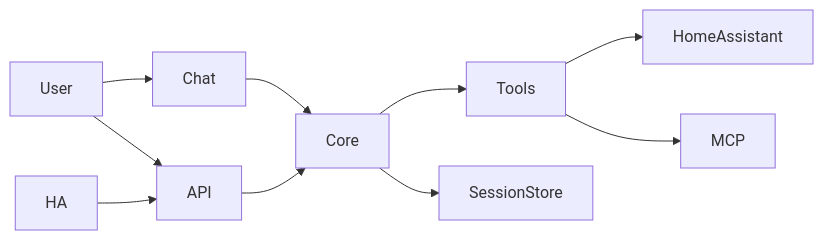
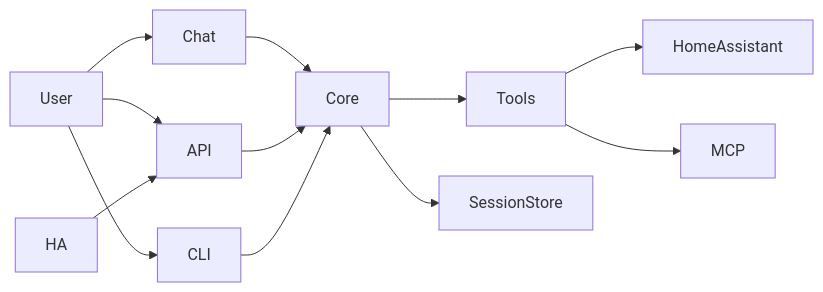
The diagram in README.md (bearlike/Personal-Assistant), drawn with Mermaid before and after one commit. The commit also changed other lines of this file and 11 other files, not shown here.

````diff
--- a/README.md
+++ b/README.md
@@ -81,12 +83,14 @@
 ```mermaid
 flowchart LR
   User --> Chat
   User --> API
   HA --> API
+  User --> CLI
   Chat --> Core
   API --> Core
+  CLI --> Core
   Core --> Tools
   Tools --> HomeAssistant
   Tools --> MCP
   Core --> SessionStore
 ```
````
